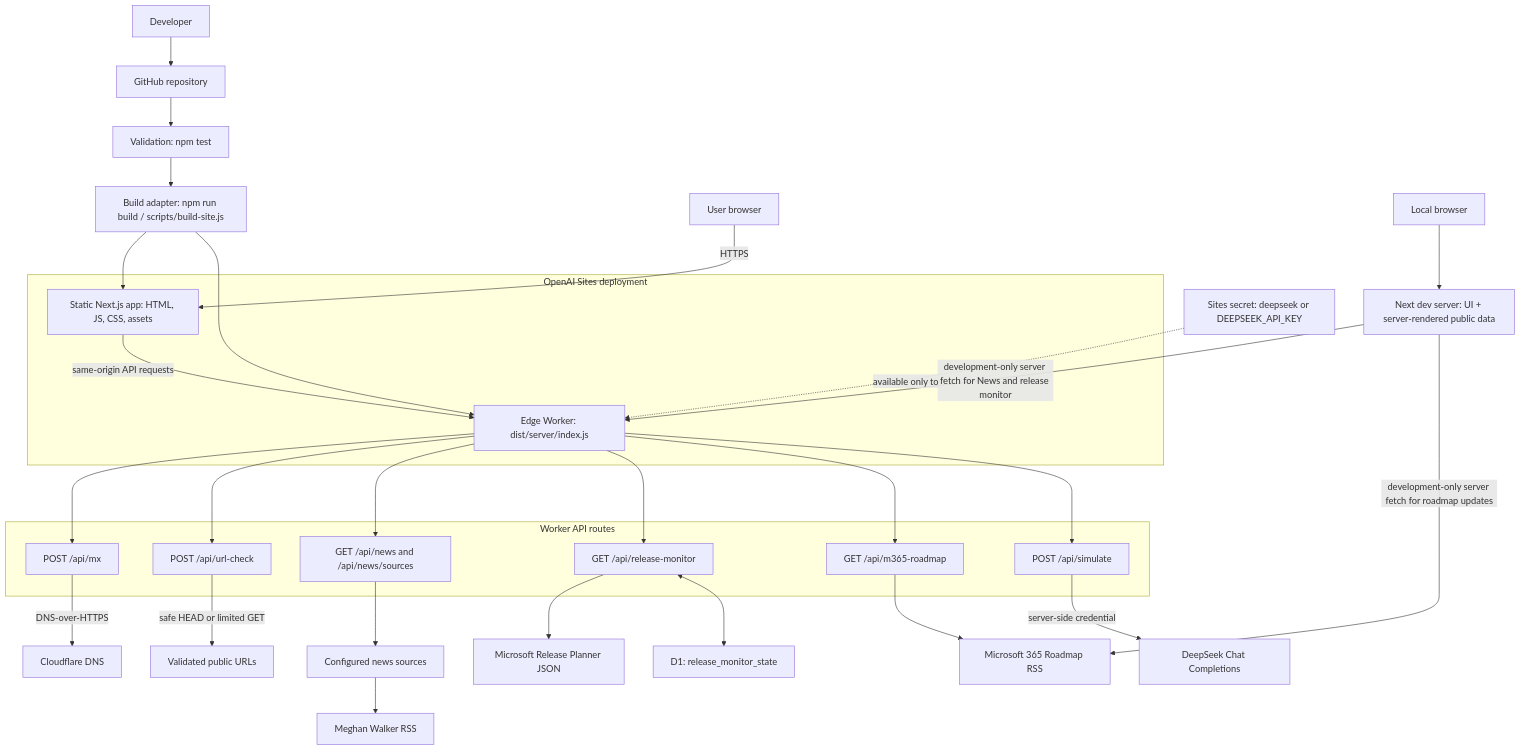
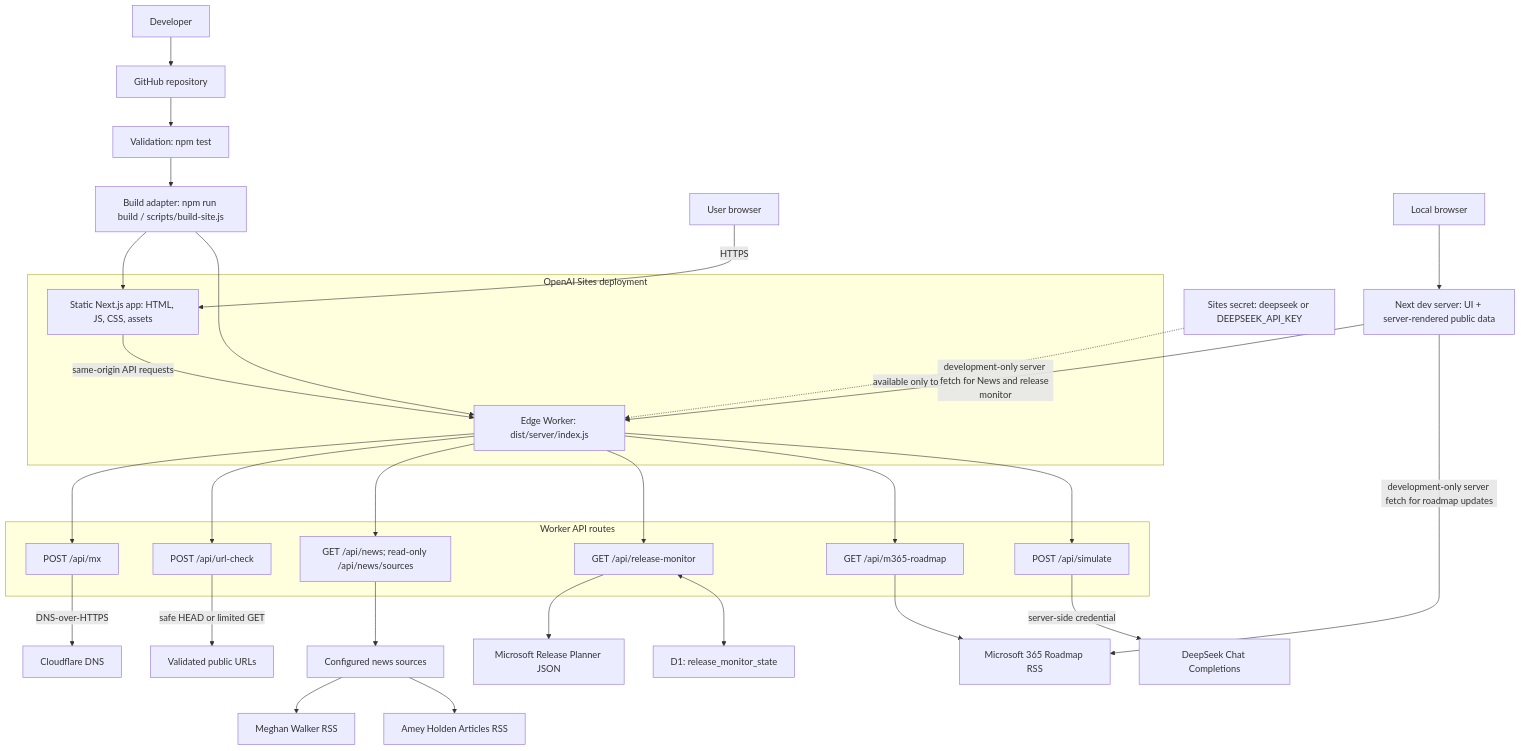
The diagram in docs/infrastructure.md (mylokaye/Form-email-validator), drawn with Mermaid before and after one commit. The commit also changed other lines of this file and 5 other files, not shown here.

Commit message:
Add Amey Holden feed and lock source additions

````diff
--- a/docs/infrastructure.md
+++ b/docs/infrastructure.md
@@ -7,53 +7,54 @@
 ```mermaid
 flowchart TB
   Developer["Developer"]
   GitHub["GitHub repository"]
   Validation["Validation: npm test"]
   Build["Build adapter: npm run build / scripts/build-site.js"]
 
   Developer --> GitHub
   GitHub --> Validation --> Build
 
   subgraph Sites["OpenAI Sites deployment"]
     Static["Static Next.js app: HTML, JS, CSS, assets"]
     Worker["Edge Worker: dist/server/index.js"]
 
     Static -->|same-origin API requests| Worker
   end
 
   Build --> Static
   Build --> Worker
 
   Browser["User browser"] -->|HTTPS| Static
 
   LocalBrowser["Local browser"] --> LocalDev["Next dev server: UI + server-rendered public data"]
   LocalDev -->|development-only server fetch for News and release monitor| Worker
   LocalDev -->|development-only server fetch for roadmap updates| M365RoadmapFeed
 
   subgraph APIs["Worker API routes"]
     MX["POST /api/mx"]
     URL["POST /api/url-check"]
-    News["GET /api/news and /api/news/sources"]
+    News["GET /api/news; read-only /api/news/sources"]
     Monitor["GET /api/release-monitor"]
     Roadmap["GET /api/m365-roadmap"]
     Simulate["POST /api/simulate"]
   end
 
   Worker --> MX
   Worker --> URL
   Worker --> News
   Worker --> Monitor
   Worker --> Roadmap
   Worker --> Simulate
 
   MX -->|DNS-over-HTTPS| CloudflareDNS["Cloudflare DNS"]
   URL -->|safe HEAD or limited GET| PublicWeb["Validated public URLs"]
   News --> NewsSources["Configured news sources"]
   NewsSources --> MeghanFeed["Meghan Walker RSS"]
+  NewsSources --> AmeyFeed["Amey Holden Articles RSS"]
   Monitor --> Microsoft["Microsoft Release Planner JSON"]
   Roadmap --> M365RoadmapFeed["Microsoft 365 Roadmap RSS"]
   Monitor <--> D1["D1: release_monitor_state"]
   Simulate -->|server-side credential| DeepSeek["DeepSeek Chat Completions"]
 
   Secret["Sites secret: deepseek or DEEPSEEK_API_KEY"] -. available only to .-> Worker
 ```
````
